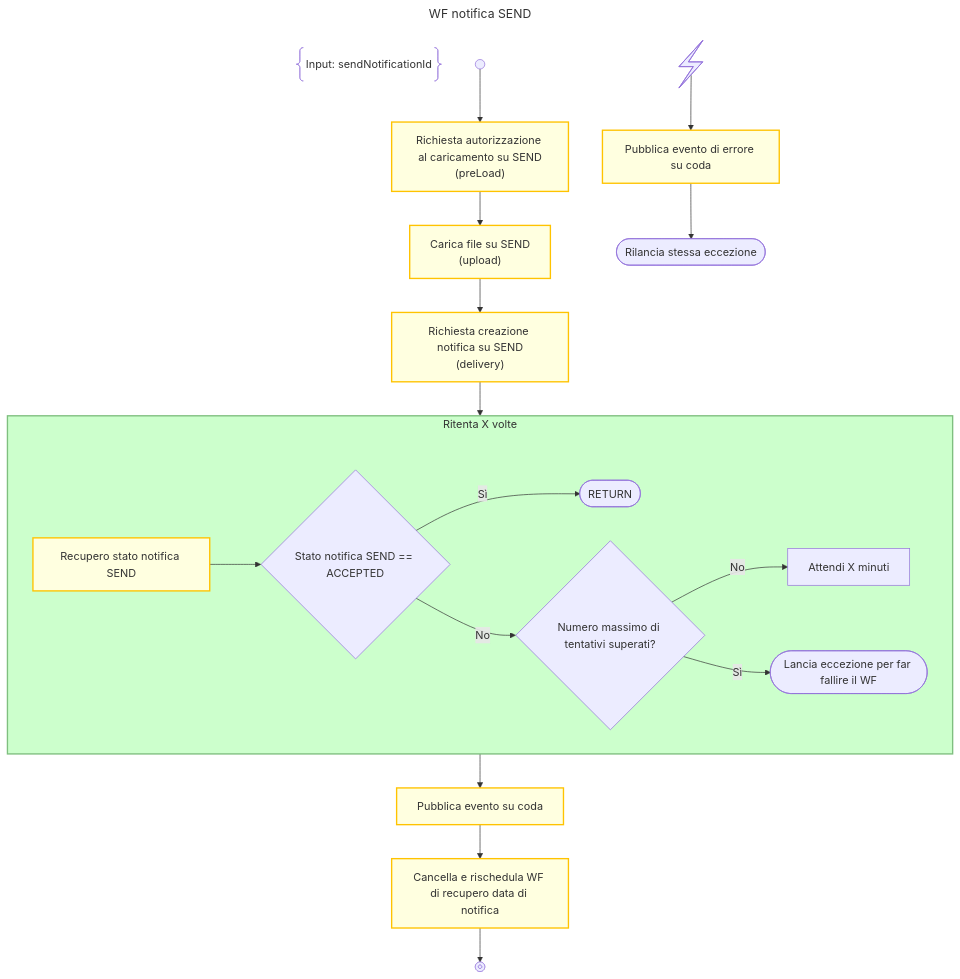
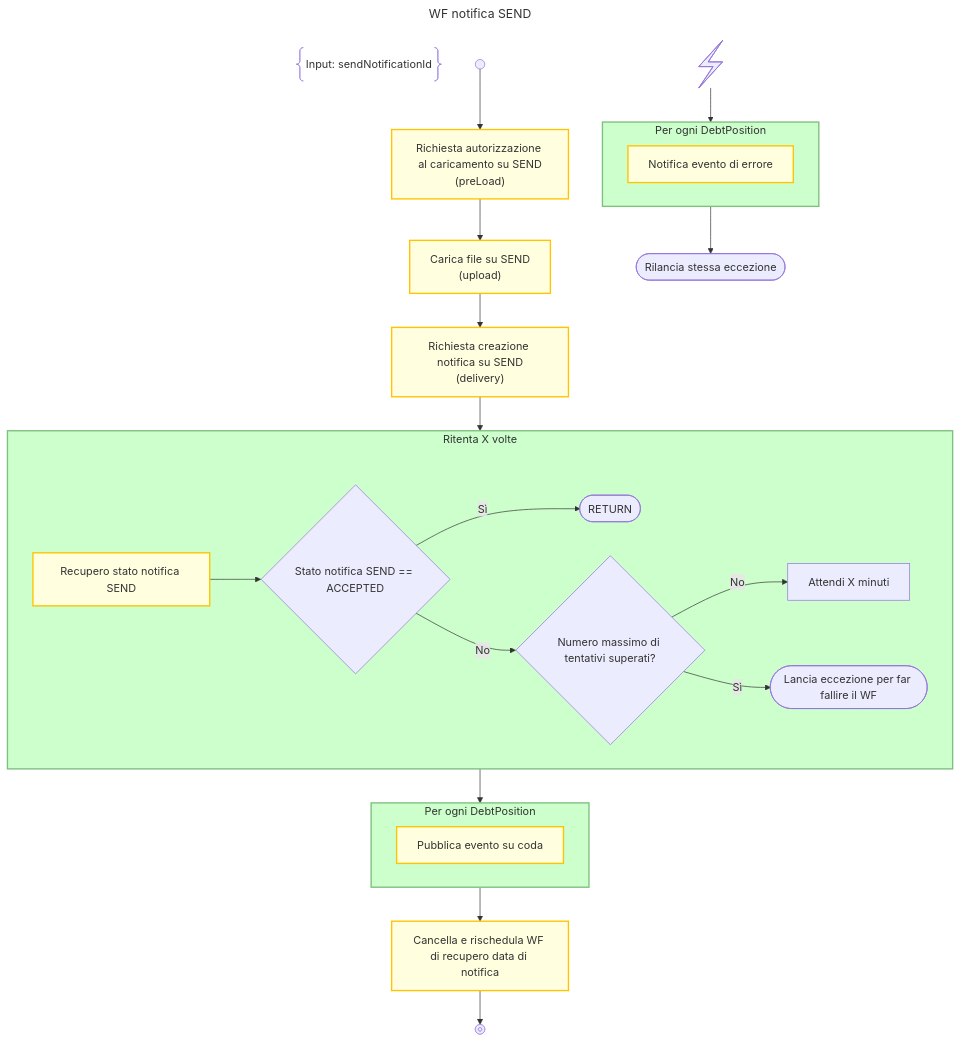
The diagram in design/workflow/notificaSend/wf_SendNotification.mmd (pagopa/p4pa-doc), drawn with Mermaid before and after one commit. The commit also changed 3 other files, not shown here.

Commit message:
sendNotification will publish potentially more than one event (cause could be related to more than 1 DebtPosition)

```diff
--- a/design/workflow/notificaSend/wf_SendNotification.mmd
+++ b/design/workflow/notificaSend/wf_SendNotification.mmd
@@ -1,35 +1,46 @@
 ---
 title: WF notifica SEND
 ---
 flowchart TD
     DESCRIPTION@{ shape: braces, label: "Input: sendNotificationId" }
     START@{shape: start} -->
     PRELOAD_SEND:::activity@{label: "Richiesta autorizzazione al caricamento su SEND<BR/>(preLoad)"} -->
     UPLOAD_SEND:::activity@{label: "Carica file su SEND<BR/>(upload)"} -->
     DELIVERY_SEND:::activity@{label: "Richiesta creazione notifica su SEND<BR/>(delivery)"} -->
     WAIT_SEND_ACCEPTANCE_LOOP -->
-    PUBLISH_EVENT:::activity@{label: "Pubblica evento su coda"} -->
+    PUBLISH_EVENT_LOOP -->
     SCHEDULE_NOTIFICATION_DATE_RETRIEVE:::activity@{label: "Cancella e rischedula WF di recupero data di notifica"} -->
     END@{shape: stop}
+
+    subgraph PUBLISH_EVENT_LOOP["Per ogni DebtPosition"]
+        PUBLISH_EVENT:::activity@{label: "Pubblica evento su coda"}
+    end
+    class PUBLISH_EVENT_LOOP loop
 
     subgraph WAIT_SEND_ACCEPTANCE_LOOP["Ritenta X volte"]
         RETRIEVE_SEND_STATUS:::activity@{label: "Recupero stato notifica SEND"} -->
         IS_ACCEPTED{"Stato notifica SEND == ACCEPTED"} -->
         |Sì|RETURN@{shape: terminal}
 
         IS_ACCEPTED -->
         |No|IS_TOO_MANY_RETRY{"Numero massimo di tentativi superati?"} -->
         |No|WAIT["Attendi X minuti"]
 
         IS_TOO_MANY_RETRY -->
         |Sì|THROW_TOO_MANY_ATTEMPTS_ERROR@{shape: terminal, label: "Lancia eccezione per far fallire il WF"}
+
     end
     class WAIT_SEND_ACCEPTANCE_LOOP loop
 
     CATCH_ALL@{shape: bolt} -->
-    PUBLISH_ERROR_EVENT:::activity@{label: "Pubblica evento di errore su coda"} -->
+    PUBLISH_ERROR_EVENT_LOOP -->
     RE_THROW@{shape: terminal, label: "Rilancia stessa eccezione"}
+
+    subgraph PUBLISH_ERROR_EVENT_LOOP["Per ogni DebtPosition"]
+        PUBLISH_ERROR_EVENT:::activity@{label: "Notifica evento di errore"}
+    end
+    class PUBLISH_ERROR_EVENT_LOOP loop
 
     classDef disable display:none;
     classDef activity fill:#FFFFE0, stroke:#ffc300, stroke-width:2px;
     classDef loop fill:#CCFFCC, stroke:#7FBF7F, stroke-width:2px, padding-bottom: 5px;
```
